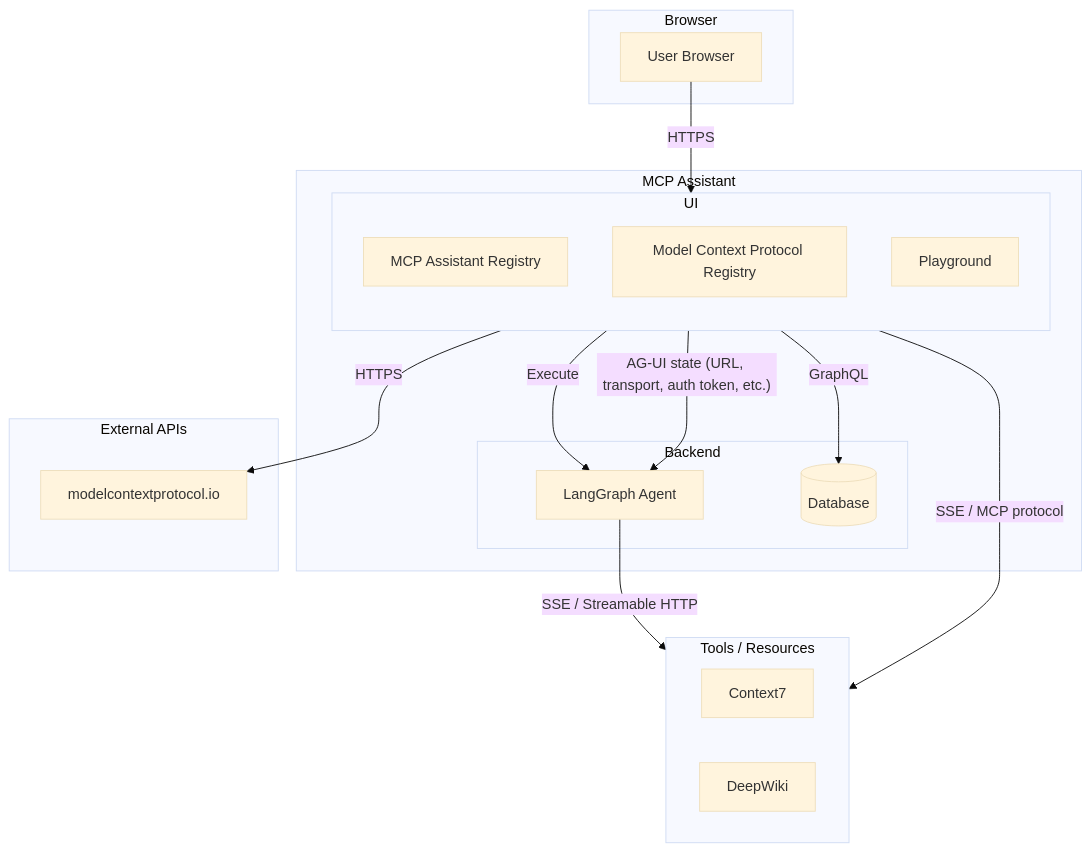
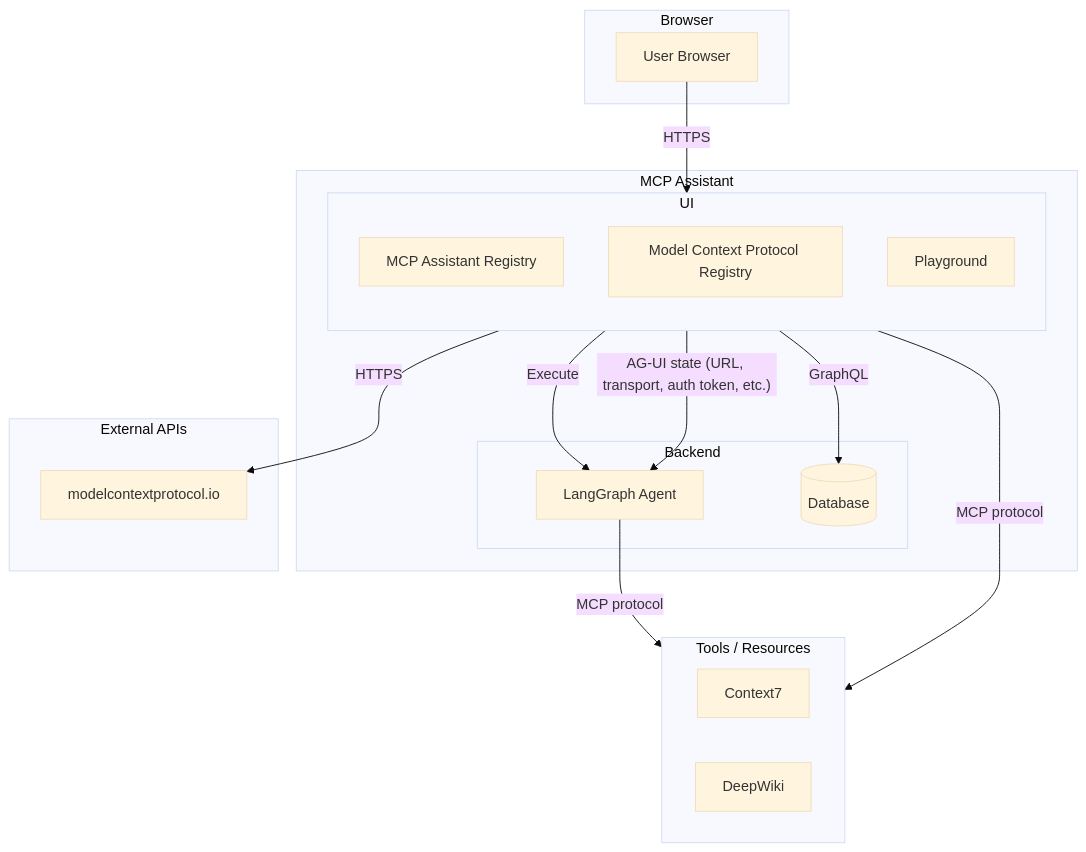
Before and after one commit to zonlabs/mcp-ts: the diagram in README.md, drawn with Mermaid (base theme). The commit also changed other lines of this file and 1 other file, not shown here.

Commit message:
feat: update README with new banner image and enhance local MCP access instructions

````diff
--- a/README.md
+++ b/README.md
@@ -54,37 +54,37 @@
 ```mermaid
 flowchart TD
     subgraph Browser["Browser"]
         B[User Browser]
     end
 
     subgraph MCPA["MCP Assistant"]
         subgraph UI["UI"]
             direction TB
             MAR["MCP Assistant Registry"]
             MPR["Model Context Protocol Registry"]
             PG["Playground"]
         end
 
         subgraph Backend["Backend"]
             LA["LangGraph Agent"]
             DB[("Database")]
         end
     end
 
     subgraph External["External APIs"]
         MCP_IO["modelcontextprotocol.io"]
     end
 
     subgraph ToolsResources["Tools / Resources"]
         C7["Context7"]
         DW["DeepWiki"]
     end
 
     B -- "HTTPS" --> UI
     MAR -- "GraphQL" --> DB
     PG -- "Execute" --> LA
     MPR -- "HTTPS" --> MCP_IO
     PG -- "AG-UI state (URL, transport, auth token, etc.)" --> LA
-    UI -- "SSE / MCP protocol" --> ToolsResources
-    LA -- "SSE / Streamable HTTP" --> ToolsResources
+    UI -- "MCP protocol" --> ToolsResources
+    LA -- "MCP protocol" --> ToolsResources
 ```
````
